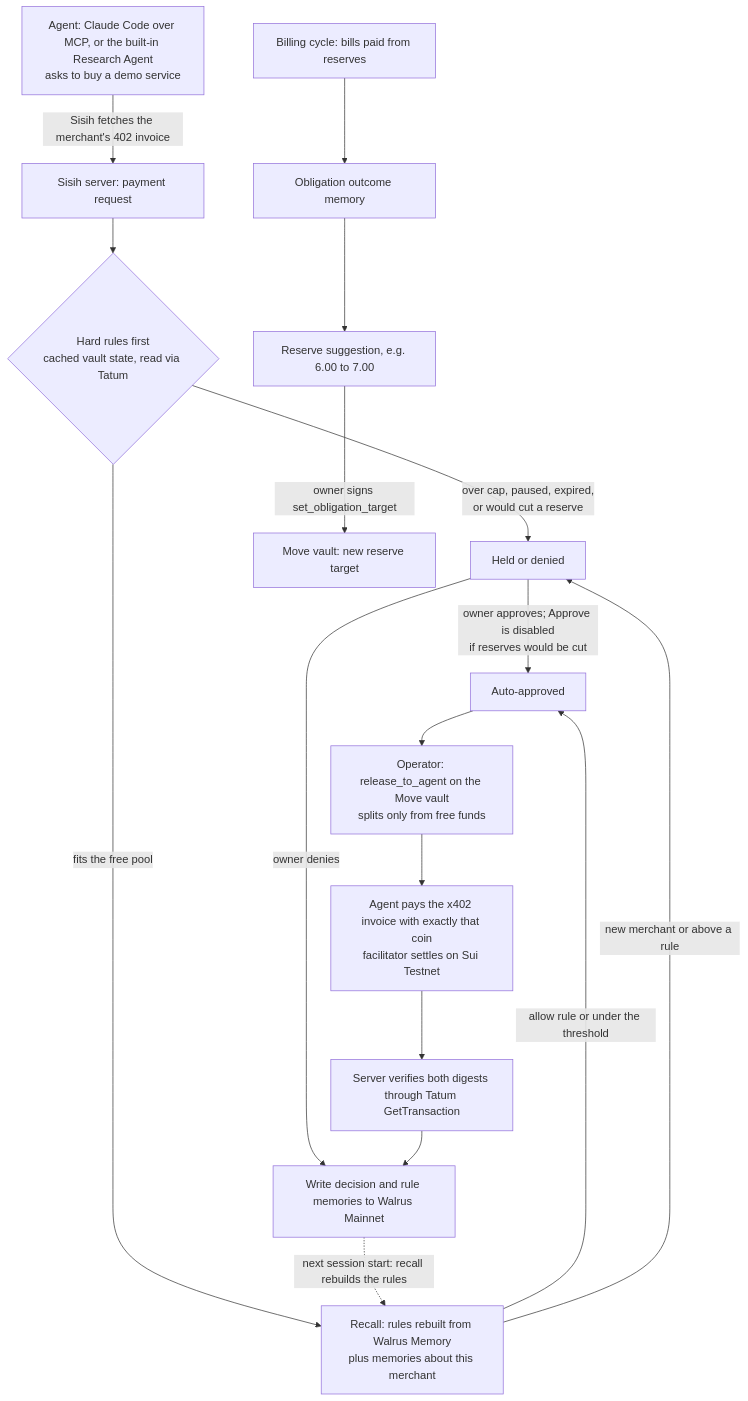
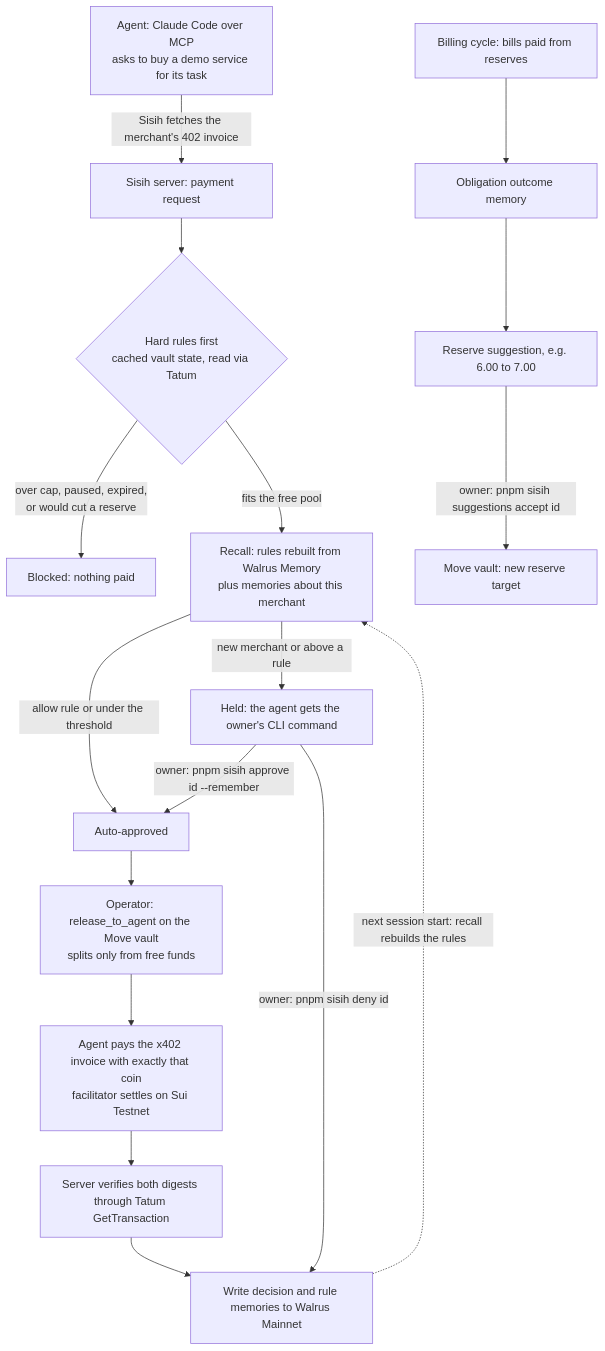
One commit to zkzora/sisih changed the diagram in README.md. Above: the diagram before and after it, drawn with Mermaid. The commit also changed other lines of this file and 6 other files, not shown here.

````diff
--- a/README.md
+++ b/README.md
@@ -54,19 +182,19 @@
 ```mermaid
 flowchart TD
-  A[Agent: Claude Code over MCP, or the built-in Research Agent<br/>asks to buy a demo service] -->|Sisih fetches the merchant's 402 invoice| B[Sisih server: payment request]
+  A[Agent: Claude Code over MCP<br/>asks to buy a demo service for its task] -->|Sisih fetches the merchant's 402 invoice| B[Sisih server: payment request]
   B --> C{Hard rules first<br/>cached vault state, read via Tatum}
-  C -->|over cap, paused, expired,<br/>or would cut a reserve| H[Held or denied]
+  C -->|over cap, paused, expired,<br/>or would cut a reserve| X[Blocked: nothing paid]
   C -->|fits the free pool| D[Recall: rules rebuilt from Walrus Memory<br/>plus memories about this merchant]
   D -->|allow rule or under the threshold| E[Auto-approved]
-  D -->|new merchant or above a rule| H
-  H -->|owner approves; Approve is disabled<br/>if reserves would be cut| E
-  H -->|owner denies| M
+  D -->|new merchant or above a rule| H[Held: the agent gets the owner's CLI command]
+  H -->|owner: pnpm sisih approve id --remember| E
+  H -->|owner: pnpm sisih deny id| M
   E --> F[Operator: release_to_agent on the Move vault<br/>splits only from free funds]
   F --> G[Agent pays the x402 invoice with exactly that coin<br/>facilitator settles on Sui Testnet]
   G --> V[Server verifies both digests through Tatum GetTransaction]
   V --> M[Write decision and rule memories to Walrus Mainnet]
   M -.->|next session start: recall rebuilds the rules| D
   K[Billing cycle: bills paid from reserves] --> O[Obligation outcome memory]
   O --> S[Reserve suggestion, e.g. 6.00 to 7.00]
-  S -->|owner signs set_obligation_target| F2[Move vault: new reserve target]
+  S -->|owner: pnpm sisih suggestions accept id| F2[Move vault: new reserve target]
 ```
````
